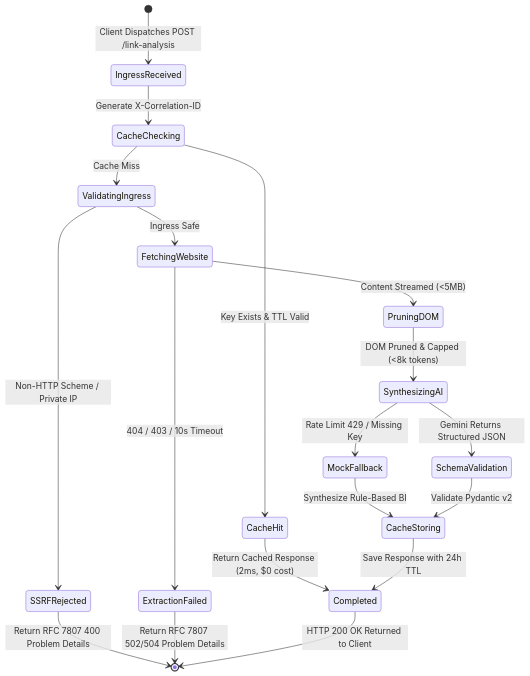
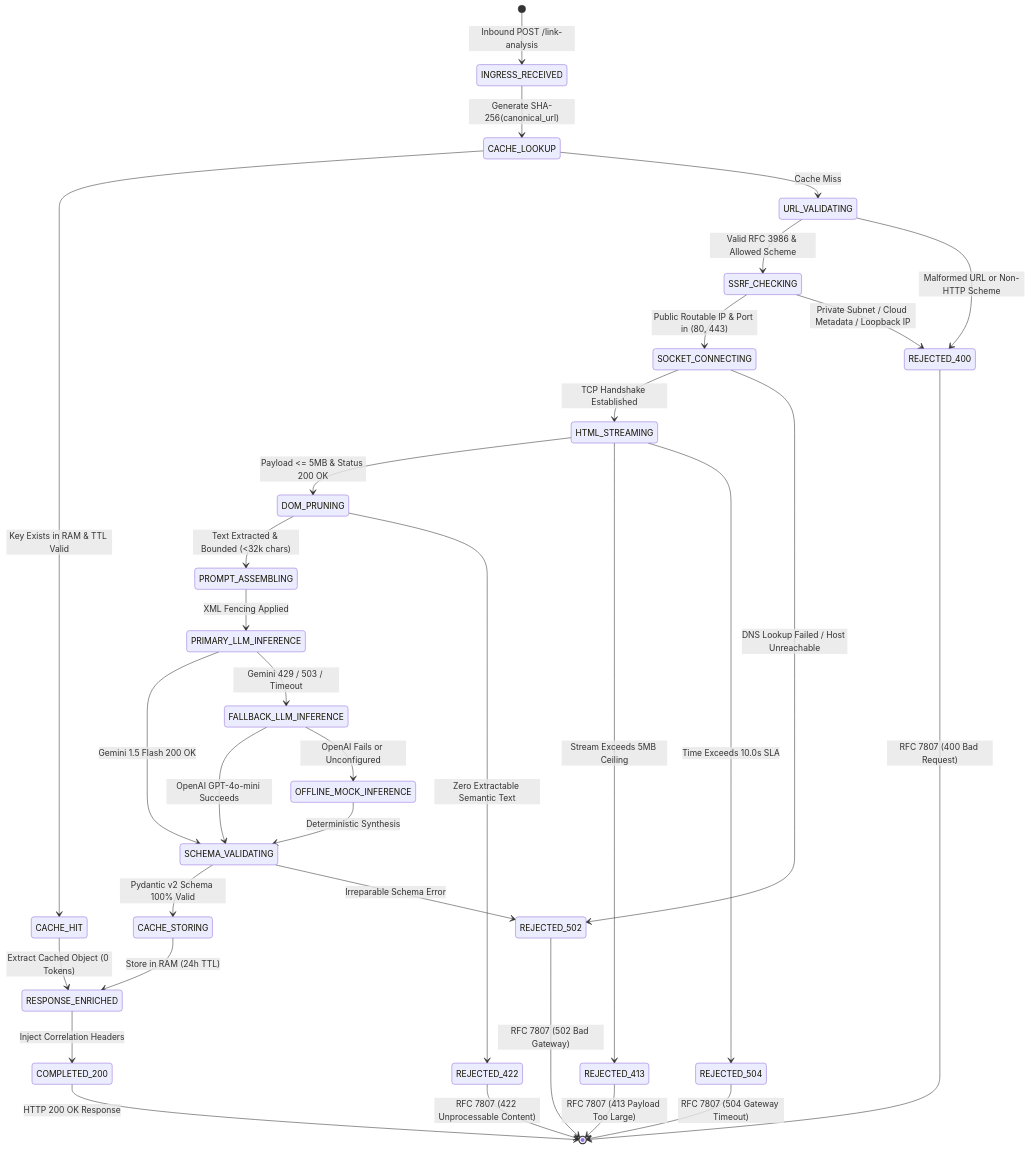
One commit to piyushmakhija28/ai-link-analysis changed the diagram in uml/09-state-diagram-analysis-lifecycle.md. Above: the diagram before and after it, drawn with Mermaid. The commit also changed other lines of this file and 21 other files, not shown here.

````diff
--- a/uml/09-state-diagram-analysis-lifecycle.md
+++ b/uml/09-state-diagram-analysis-lifecycle.md
@@ -3,25 +3,50 @@
 ```mermaid
 stateDiagram-v2
-    [*] --> IngressReceived: Client Dispatches POST /link-analysis
-    IngressReceived --> CacheChecking: Generate X-Correlation-ID
-    CacheChecking --> CacheHit: Key Exists & TTL Valid
-    CacheHit --> Completed: Return Cached Response (2ms, $0 cost)
-
-    CacheChecking --> ValidatingIngress: Cache Miss
-    ValidatingIngress --> SSRFRejected: Non-HTTP Scheme / Private IP
-    SSRFRejected --> [*]: Return RFC 7807 400 Problem Details
-
-    ValidatingIngress --> FetchingWebsite: Ingress Safe
-    FetchingWebsite --> ExtractionFailed: 404 / 403 / 10s Timeout
-    ExtractionFailed --> [*]: Return RFC 7807 502/504 Problem Details
-
-    FetchingWebsite --> PruningDOM: Content Streamed (<5MB)
-    PruningDOM --> SynthesizingAI: DOM Pruned & Capped (<8k tokens)
-    SynthesizingAI --> MockFallback: Rate Limit 429 / Missing Key
-    SynthesizingAI --> SchemaValidation: Gemini Returns Structured JSON
-
-    MockFallback --> CacheStoring: Synthesize Rule-Based BI
-    SchemaValidation --> CacheStoring: Validate Pydantic v2
-    CacheStoring --> Completed: Save Response with 24h TTL
-    Completed --> [*]: HTTP 200 OK Returned to Client
+    [*] --> INGRESS_RECEIVED: Inbound POST /link-analysis
+    
+    INGRESS_RECEIVED --> CACHE_LOOKUP: Generate SHA-256(canonical_url)
+    
+    CACHE_LOOKUP --> CACHE_HIT: Key Exists in RAM & TTL Valid
+    CACHE_HIT --> RESPONSE_ENRICHED: Extract Cached Object (0 Tokens)
+    
+    CACHE_LOOKUP --> URL_VALIDATING: Cache Miss
+    URL_VALIDATING --> SSRF_CHECKING: Valid RFC 3986 & Allowed Scheme
+    URL_VALIDATING --> REJECTED_400: Malformed URL or Non-HTTP Scheme
+    
+    SSRF_CHECKING --> SOCKET_CONNECTING: Public Routable IP & Port in (80, 443)
+    SSRF_CHECKING --> REJECTED_400: Private Subnet / Cloud Metadata / Loopback IP
+    
+    SOCKET_CONNECTING --> HTML_STREAMING: TCP Handshake Established
+    SOCKET_CONNECTING --> REJECTED_502: DNS Lookup Failed / Host Unreachable
+    
+    HTML_STREAMING --> DOM_PRUNING: Payload <= 5MB & Status 200 OK
+    HTML_STREAMING --> REJECTED_413: Stream Exceeds 5MB Ceiling
+    HTML_STREAMING --> REJECTED_504: Time Exceeds 10.0s SLA
+    
+    DOM_PRUNING --> PROMPT_ASSEMBLING: Text Extracted & Bounded (<32k chars)
+    DOM_PRUNING --> REJECTED_422: Zero Extractable Semantic Text
+    
+    PROMPT_ASSEMBLING --> PRIMARY_LLM_INFERENCE: XML Fencing Applied
+    
+    PRIMARY_LLM_INFERENCE --> SCHEMA_VALIDATING: Gemini 1.5 Flash 200 OK
+    PRIMARY_LLM_INFERENCE --> FALLBACK_LLM_INFERENCE: Gemini 429 / 503 / Timeout
+    
+    FALLBACK_LLM_INFERENCE --> SCHEMA_VALIDATING: OpenAI GPT-4o-mini Succeeds
+    FALLBACK_LLM_INFERENCE --> OFFLINE_MOCK_INFERENCE: OpenAI Fails or Unconfigured
+    
+    OFFLINE_MOCK_INFERENCE --> SCHEMA_VALIDATING: Deterministic Synthesis
+    
+    SCHEMA_VALIDATING --> CACHE_STORING: Pydantic v2 Schema 100% Valid
+    SCHEMA_VALIDATING --> REJECTED_502: Irreparable Schema Error
+    
+    CACHE_STORING --> RESPONSE_ENRICHED: Store in RAM (24h TTL)
+    RESPONSE_ENRICHED --> COMPLETED_200: Inject Correlation Headers
+    
+    COMPLETED_200 --> [*]: HTTP 200 OK Response
+    
+    REJECTED_400 --> [*]: RFC 7807 (400 Bad Request)
+    REJECTED_413 --> [*]: RFC 7807 (413 Payload Too Large)
+    REJECTED_422 --> [*]: RFC 7807 (422 Unprocessable Content)
+    REJECTED_502 --> [*]: RFC 7807 (502 Bad Gateway)
+    REJECTED_504 --> [*]: RFC 7807 (504 Gateway Timeout)
 ```
````
